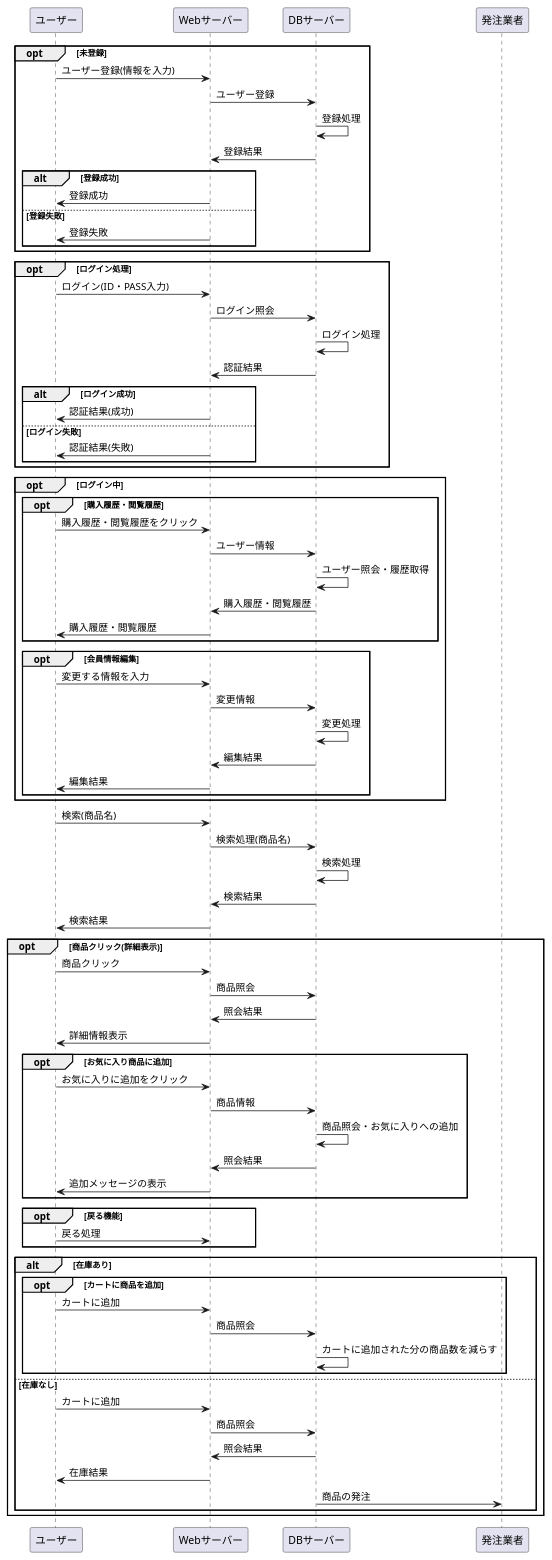
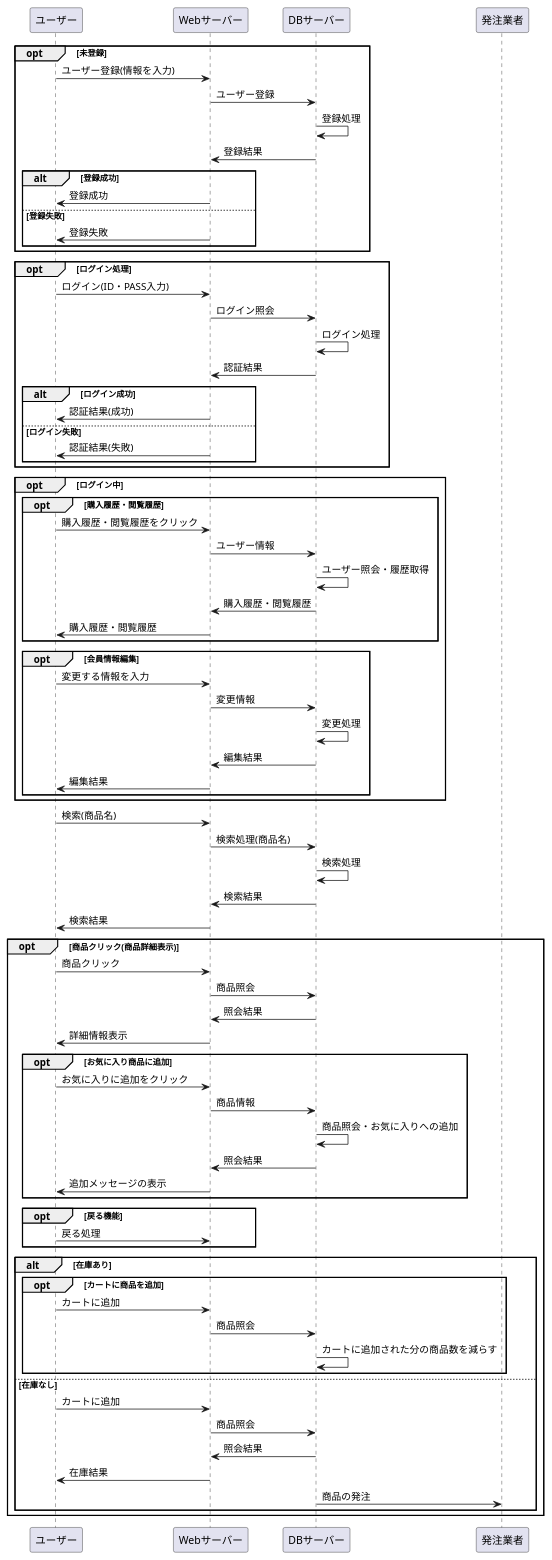
One commit to Aso2001163/2021sys-design-2 changed the diagram in システム開発/業務フロー.md. Above: the diagram before and after it, drawn with PlantUML.

```diff
--- a/システム開発/業務フロー.md
+++ b/システム開発/業務フロー.md
@@ -52,7 +52,7 @@
 DBサーバー -> Webサーバー : 検索結果
 Webサーバー -> ユーザー : 検索結果
 
-opt 商品クリック(詳細表示)
+opt 商品クリック(商品詳細表示)
 ユーザー -> Webサーバー : 商品クリック
 Webサーバー -> DBサーバー : 商品照会
 DBサーバー -> Webサーバー : 照会結果
```
